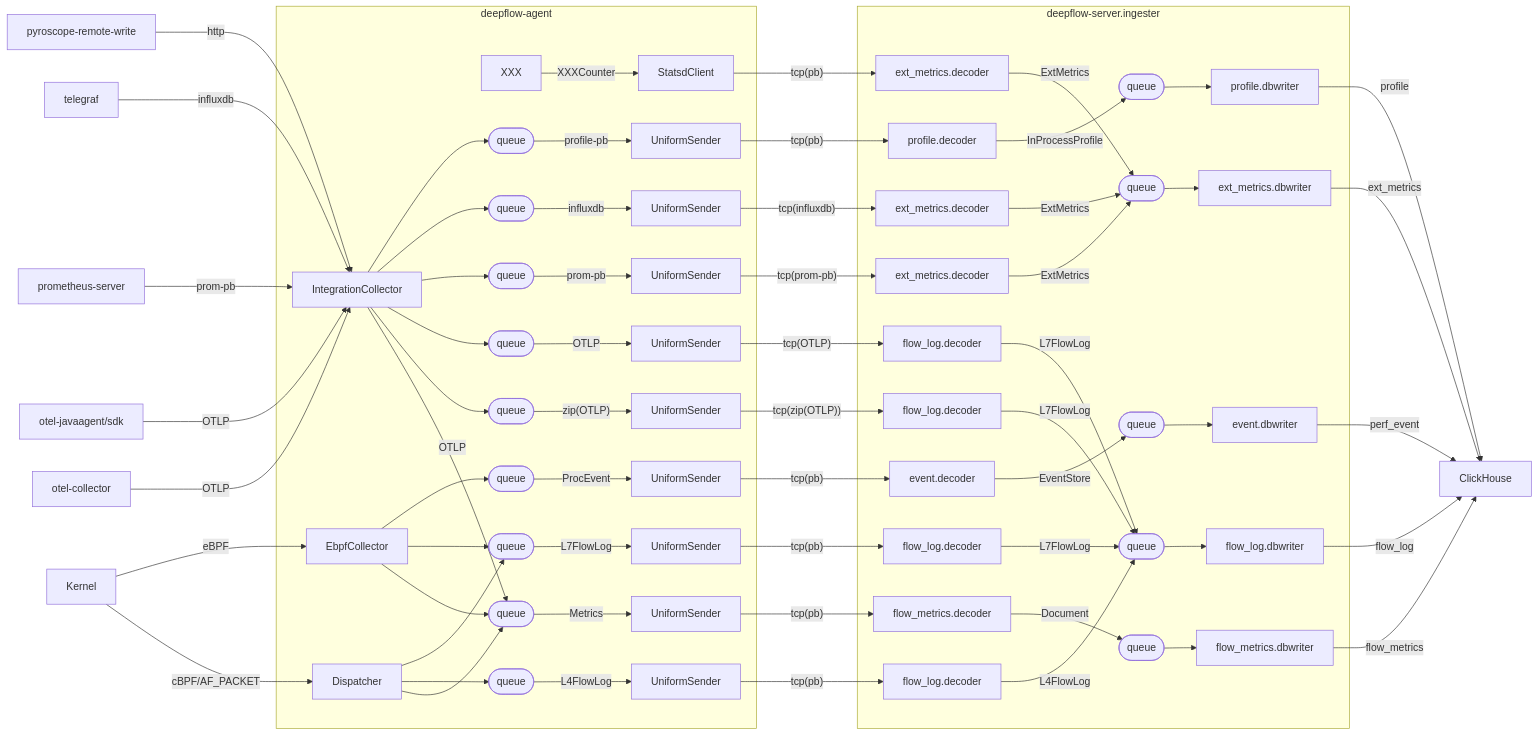
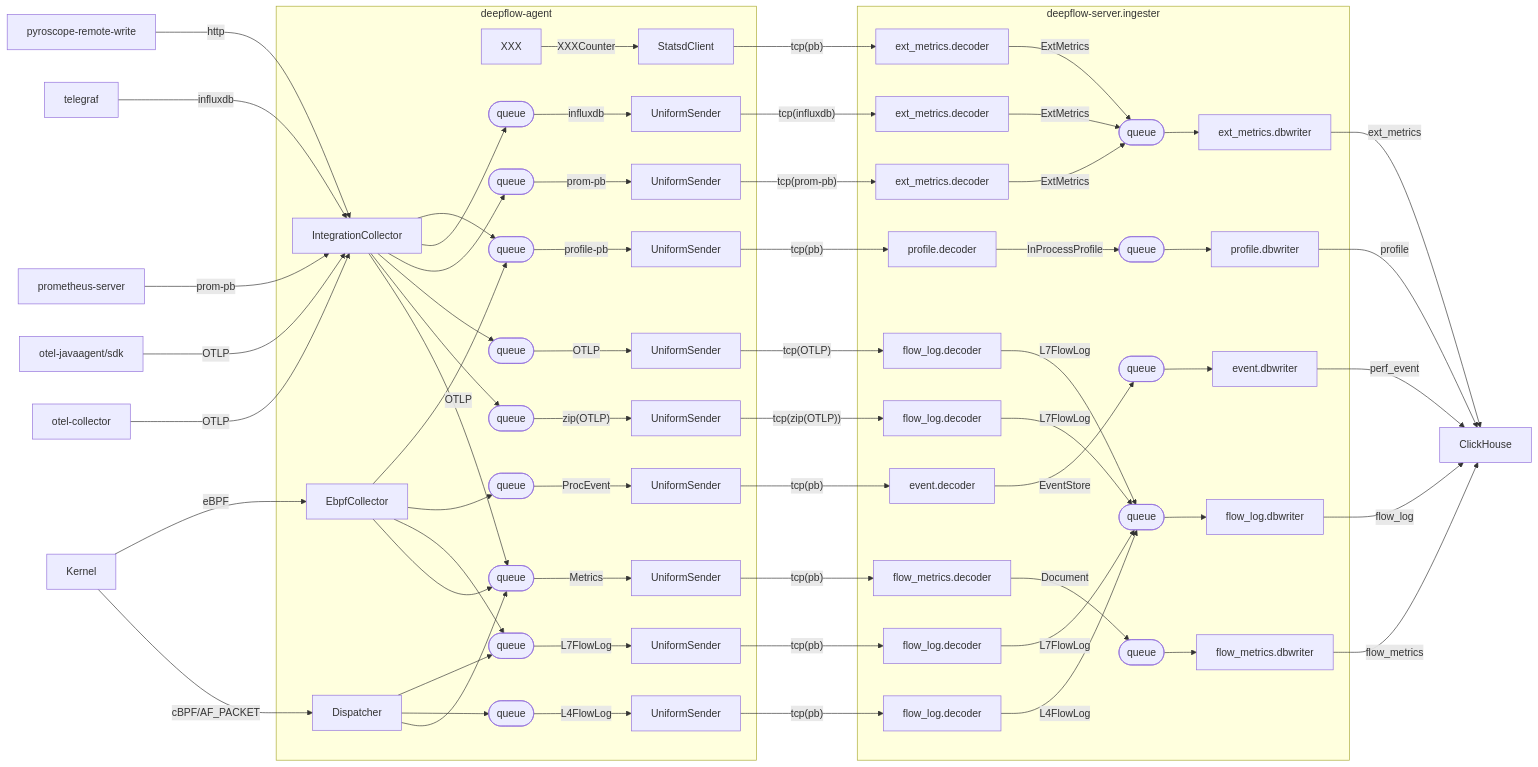
The first of 6 diagrams in docs/design/data-flow.md (deepflowio/deepflow), drawn with Mermaid before and after one commit. The commit also changed other lines of this file, not shown here.

Commit message:
[Agent] Add ebpf profile to document

```diff
--- a/docs/design/data-flow.md
+++ b/docs/design/data-flow.md
@@ -63,6 +63,7 @@
 EbpfCollector --> agent.queue.1
 EbpfCollector --> agent.queue.3
 EbpfCollector --> agent.queue.8 -->|ProcEvent| UniformSender.8 -->|"tcp(pb)"| event.decoder -->|EventStore| ingester.queue.4 --> event.dbwriter
+EbpfCollector --> agent.queue.9
 
 otel-collector -->|OTLP| IntegrationCollector
 otel-javaagent/sdk -->|OTLP| IntegrationCollector
```
